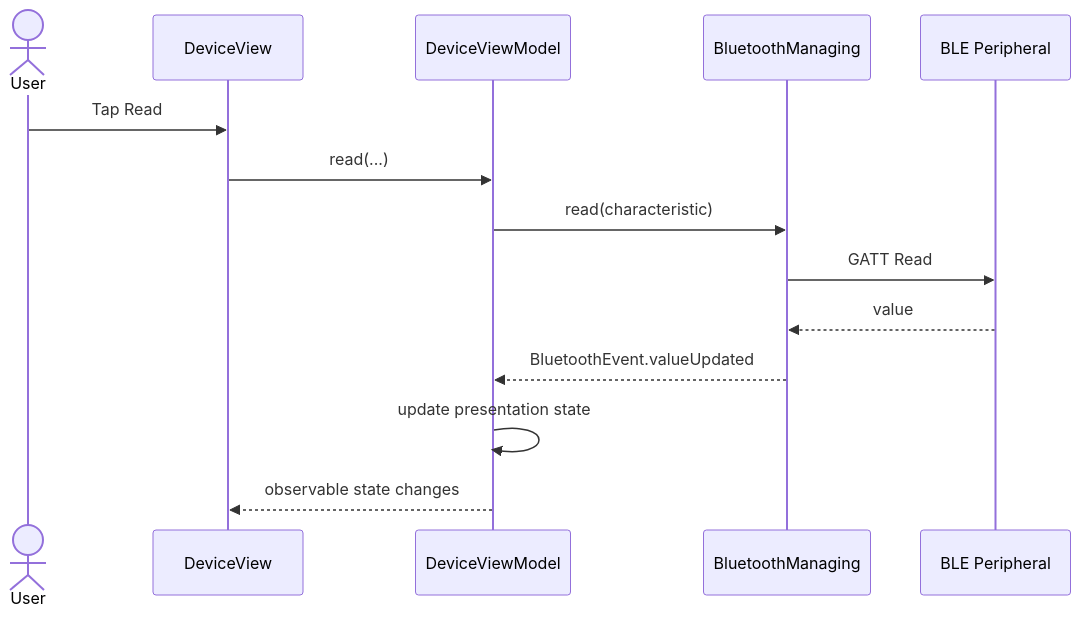
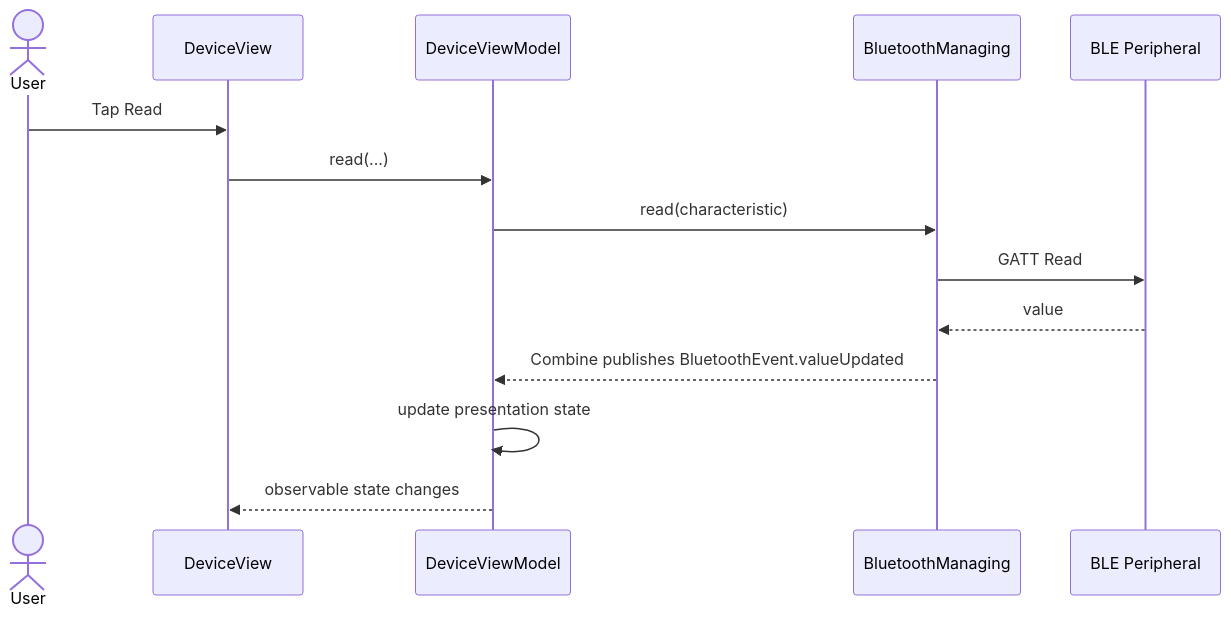
The fifth of 14 diagrams in Documentation/UI_NAVIGATION.md (maxhanzo/Mirabilis-BlueCombine), drawn with Mermaid before and after one commit. The commit also changed other lines of this file and 12 other files, not shown here.

````diff
--- a/Documentation/UI_NAVIGATION.md
+++ b/Documentation/UI_NAVIGATION.md
@@ -281,18 +281,18 @@
 ```mermaid
 sequenceDiagram
     actor User
     participant View as DeviceView
     participant VM as DeviceViewModel
     participant BLE as BluetoothManaging
     participant FW as BLE Peripheral
 
     User->>View: Tap Read
     View->>VM: read(...)
     VM->>BLE: read(characteristic)
     BLE->>FW: GATT Read
 
     FW-->>BLE: value
-    BLE-->>VM: BluetoothEvent.valueUpdated
+    BLE-->>VM: Combine publishes BluetoothEvent.valueUpdated
     VM->>VM: update presentation state
     VM-->>View: observable state changes
 ```
````
